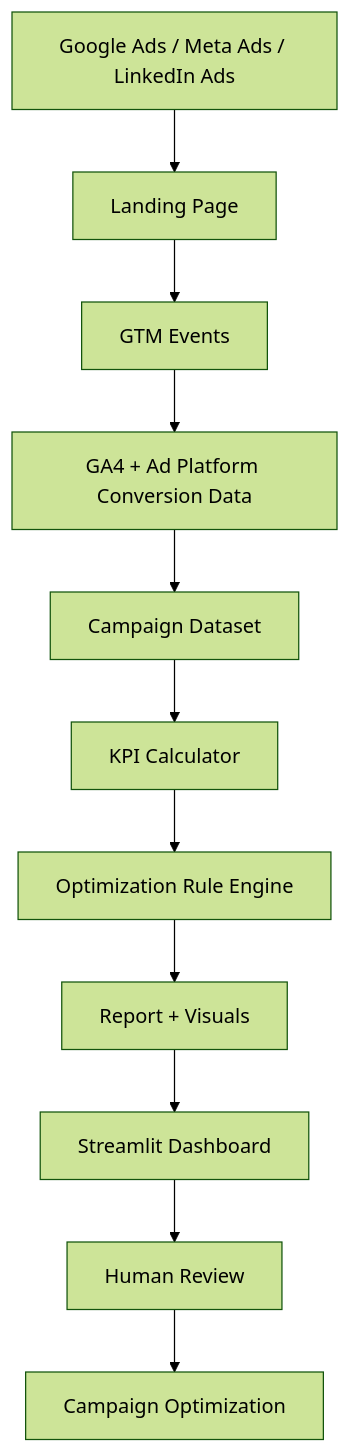
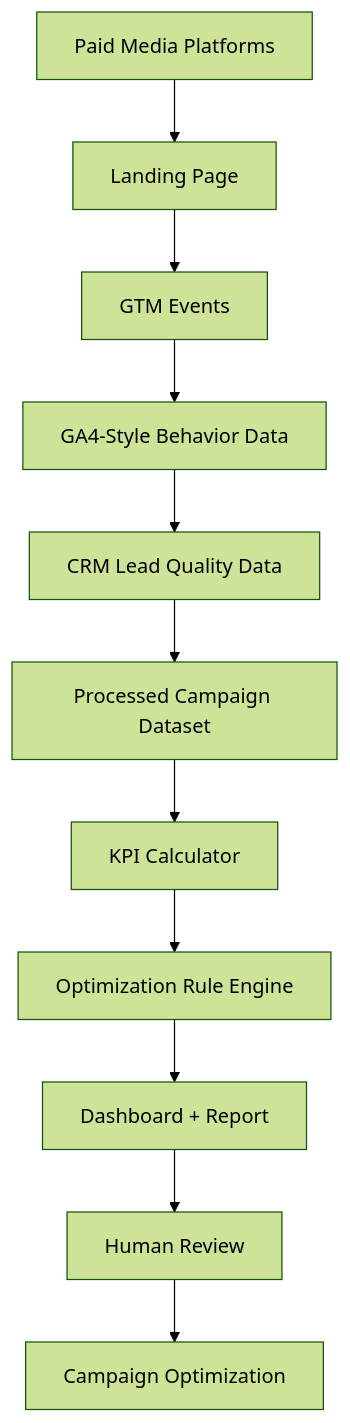
The second of 3 diagrams in README.md (vaishnavkadhao/ai-performance-marketing-automation-lab), drawn with Mermaid (forest theme) before and after one commit. The commit also changed other lines of this file, not shown here.

````diff
--- a/README.md
+++ b/README.md
@@ -93,13 +115,13 @@
 ```mermaid
 flowchart TD
-    A[Google Ads / Meta Ads / LinkedIn Ads] --> B[Landing Page]
+    A[Paid Media Platforms] --> B[Landing Page]
     B --> C[GTM Events]
-    C --> D[GA4 + Ad Platform Conversion Data]
-    D --> E[Campaign Dataset]
-    E --> F[KPI Calculator]
-    F --> G[Optimization Rule Engine]
-    G --> H[Report + Visuals]
-    H --> I[Streamlit Dashboard]
+    C --> D[GA4-Style Behavior Data]
+    D --> E[CRM Lead Quality Data]
+    E --> F[Processed Campaign Dataset]
+    F --> G[KPI Calculator]
+    G --> H[Optimization Rule Engine]
+    H --> I[Dashboard + Report]
     I --> J[Human Review]
     J --> K[Campaign Optimization]
 ```
````
